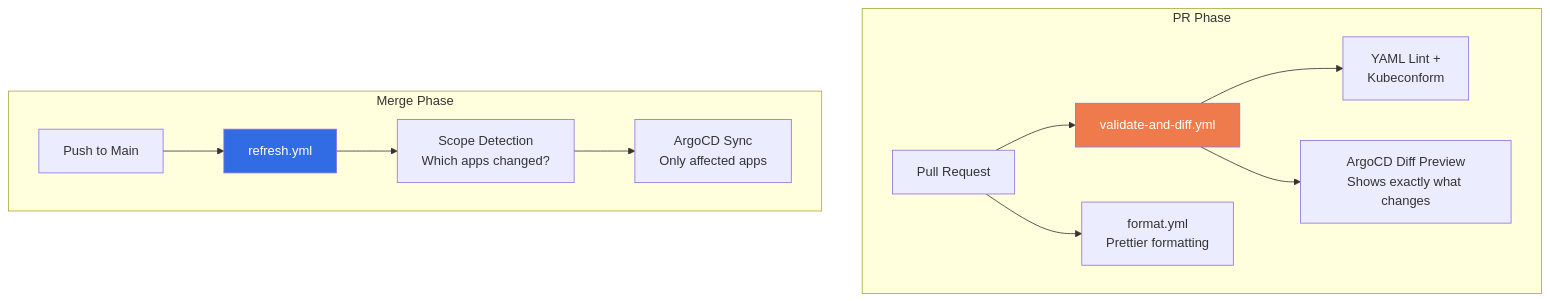
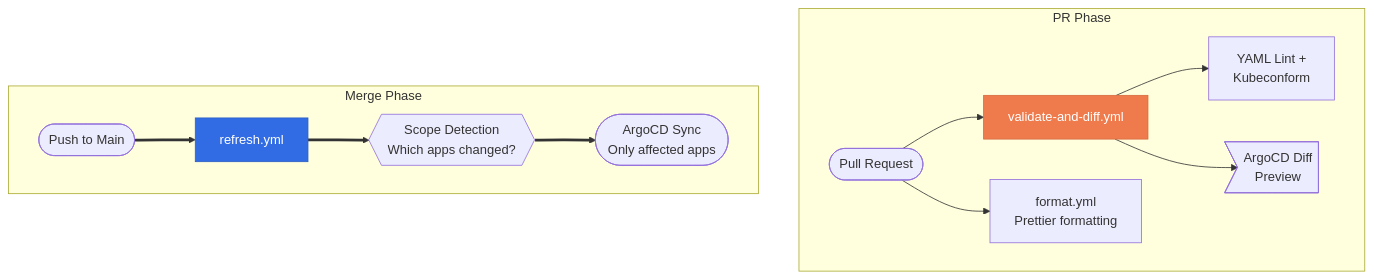
One commit to Starktastic-Homelab/apps changed the fifth of 5 diagrams in README.md. Above: the diagram before and after it, drawn with Mermaid. The commit also changed other lines of this file, not shown here.

Commit message:
docs: prettify Mermaid diagrams with semantic shapes and visual hierarchy

````diff
--- a/README.md
+++ b/README.md
@@ -301,18 +319,20 @@
 ```mermaid
 flowchart TD
-    subgraph "PR Phase"
-        PR["Pull Request"] --> VAL["validate-and-diff.yml"]
+    subgraph pr["PR Phase"]
+        PR([Pull Request]) --> VAL[validate-and-diff.yml]
         VAL --> LINT["YAML Lint +\nKubeconform"]
-        VAL --> DIFF["ArgoCD Diff Preview\nShows exactly what changes"]
-        PR --> FMT["format.yml\nPrettier formatting"]
+        VAL --> DIFF>ArgoCD Diff\nPreview]
+        PR --> FMT[format.yml\nPrettier formatting]
     end
 
-    subgraph "Merge Phase"
-        MERGE["Push to Main"] --> REF["refresh.yml"]
-        REF --> SCOPE["Scope Detection\nWhich apps changed?"]
-        SCOPE --> SYNC["ArgoCD Sync\nOnly affected apps"]
+    subgraph merge["Merge Phase"]
+        MERGE([Push to Main]) ==> REF[refresh.yml]
+        REF ==> SCOPE{{"Scope Detection\nWhich apps changed?"}}
+        SCOPE ==> SYNC(["ArgoCD Sync\nOnly affected apps"])
     end
 
-    style VAL fill:#EF7B4D,color:#fff
-    style REF fill:#326CE5,color:#fff
+    classDef val fill:#EF7B4D,stroke:#D66A3D,color:#fff
+    classDef ref fill:#326CE5,stroke:#2B5FC2,color:#fff
+    class VAL val
+    class REF ref
 ```
````
